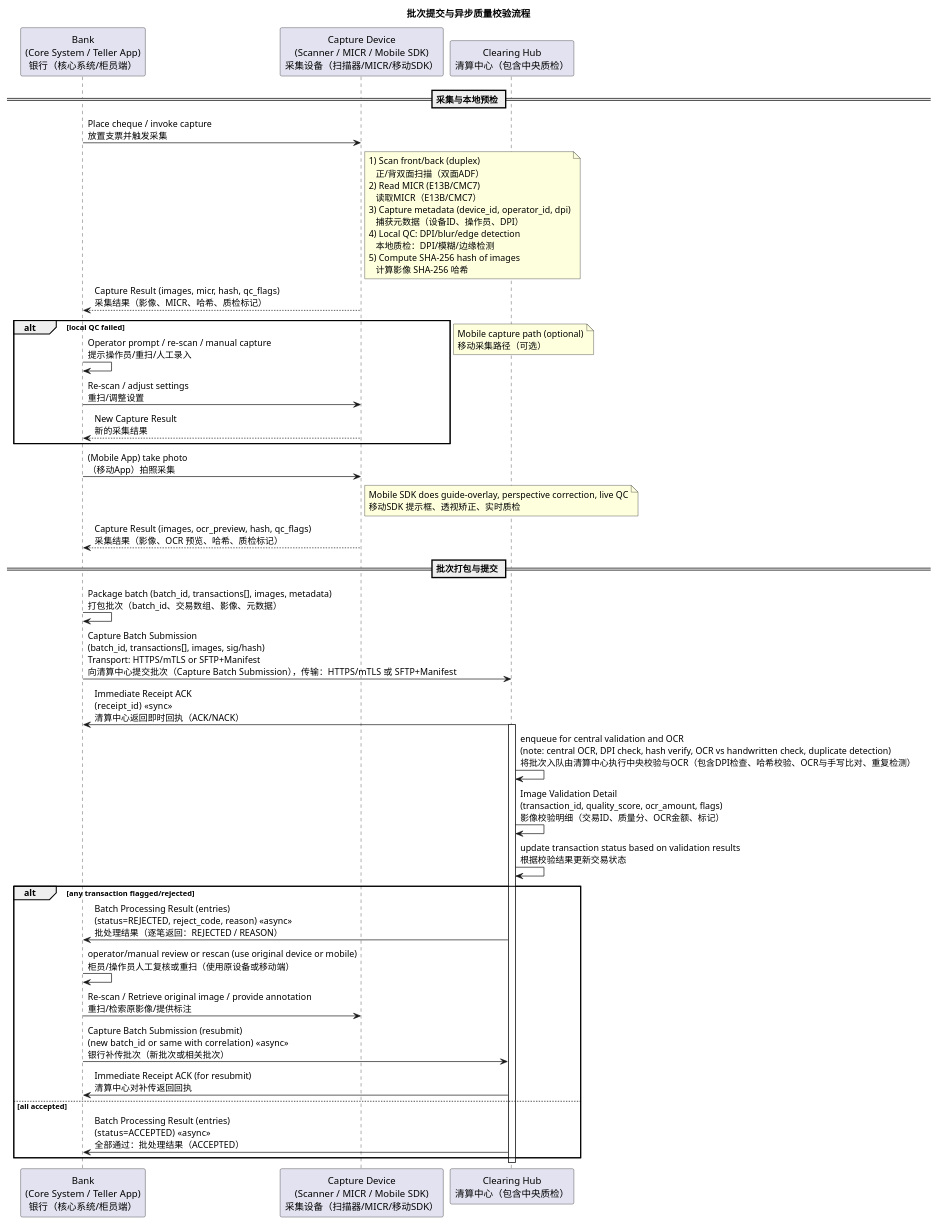
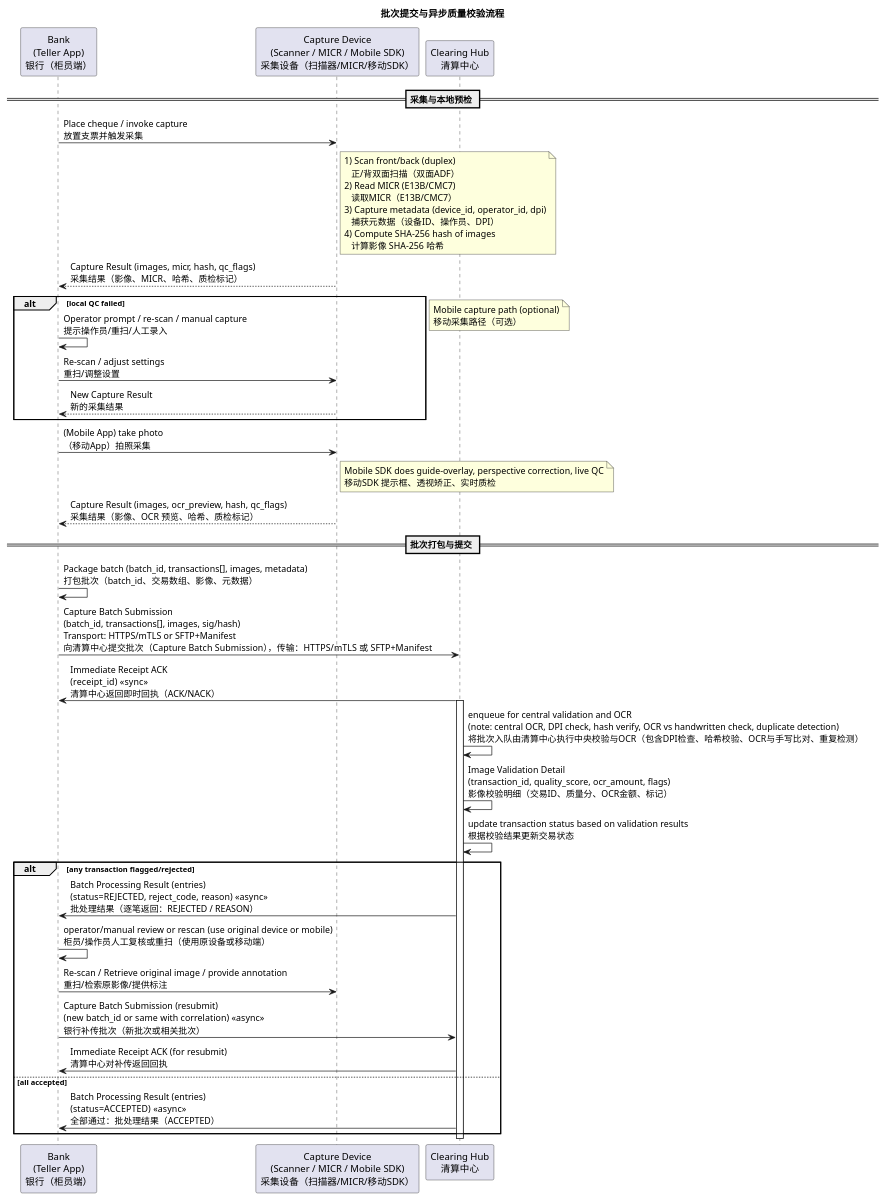
One commit to achaocai/HT-CITS changed the diagram in docs/flow/1_batch_processing_async.puml. Above: the diagram before and after it, drawn with PlantUML.

```diff
--- a/docs/flow/1_batch_processing_async.puml
+++ b/docs/flow/1_batch_processing_async.puml
@@ -1,47 +1,47 @@
 @startuml
 title 批次提交与异步质量校验流程
 
-participant Bank as "Bank\n(Core System / Teller App)\n银行（核心系统/柜员端）"
+participant Bank as "Bank\n(Teller App)\n银行（柜员端）"
 participant Device as "Capture Device\n(Scanner / MICR / Mobile SDK)\n采集设备（扫描器/MICR/移动SDK）"
-participant Clearing as "Clearing Hub\n清算中心（包含中央质检）"
+participant Clearing as "Clearing Hub\n清算中心"
 
 == 采集与本地预检 ==
 Bank -> Device : Place cheque / invoke capture\n放置支票并触发采集
-note right of Device: 1) Scan front/back (duplex)\n   正/背双面扫描（双面ADF）\n2) Read MICR (E13B/CMC7)\n   读取MICR（E13B/CMC7）\n3) Capture metadata (device_id, operator_id, dpi)\n   捕获元数据（设备ID、操作员、DPI）\n4) Local QC: DPI/blur/edge detection\n   本地质检：DPI/模糊/边缘检测\n5) Compute SHA-256 hash of images\n   计算影像 SHA-256 哈希
+note right of Device: 1) Scan front/back (duplex)\n   正/背双面扫描（双面ADF）\n2) Read MICR (E13B/CMC7)\n   读取MICR（E13B/CMC7）\n3) Capture metadata (device_id, operator_id, dpi)\n   捕获元数据（设备ID、操作员、DPI）\n4) Compute SHA-256 hash of images\n   计算影像 SHA-256 哈希
 Device --> Bank : Capture Result (images, micr, hash, qc_flags)\n采集结果（影像、MICR、哈希、质检标记）
 
 alt local QC failed
   Bank -> Bank : Operator prompt / re-scan / manual capture\n提示操作员/重扫/人工录入
   Bank -> Device : Re-scan / adjust settings\n重扫/调整设置
   Device --> Bank : New Capture Result\n新的采集结果
 end
 
 note left: Mobile capture path (optional)\n移动采集路径（可选）
 Bank -> Device : (Mobile App) take photo\n（移动App）拍照采集
 note right of Device: Mobile SDK does guide-overlay, perspective correction, live QC\n移动SDK 提示框、透视矫正、实时质检
 Device --> Bank : Capture Result (images, ocr_preview, hash, qc_flags)\n采集结果（影像、OCR 预览、哈希、质检标记）
 
 == 批次打包与提交 ==
 Bank -> Bank : Package batch (batch_id, transactions[], images, metadata)\n打包批次（batch_id、交易数组、影像、元数据）
 Bank -> Clearing : Capture Batch Submission\n(batch_id, transactions[], images, sig/hash)\nTransport: HTTPS/mTLS or SFTP+Manifest\n向清算中心提交批次（Capture Batch Submission），传输：HTTPS/mTLS 或 SFTP+Manifest
 
 Clearing -> Bank : Immediate Receipt ACK\n(receipt_id)  <<sync>>\n清算中心返回即时回执（ACK/NACK）
 activate Clearing
 
 Clearing -> Clearing : enqueue for central validation and OCR\n(note: central OCR, DPI check, hash verify, OCR vs handwritten check, duplicate detection)\n将批次入队由清算中心执行中央校验与OCR（包含DPI检查、哈希校验、OCR与手写比对、重复检测）
 
 Clearing -> Clearing : Image Validation Detail\n(transaction_id, quality_score, ocr_amount, flags)\n影像校验明细（交易ID、质量分、OCR金额、标记）
 Clearing -> Clearing : update transaction status based on validation results\n根据校验结果更新交易状态
 
 alt any transaction flagged/rejected
   Clearing -> Bank : Batch Processing Result (entries)\n(status=REJECTED, reject_code, reason)  <<async>>\n批处理结果（逐笔返回：REJECTED / REASON）
   Bank -> Bank : operator/manual review or rescan (use original device or mobile)\n柜员/操作员人工复核或重扫（使用原设备或移动端）
   Bank -> Device : Re-scan / Retrieve original image / provide annotation\n重扫/检索原影像/提供标注
   Bank -> Clearing : Capture Batch Submission (resubmit)\n(new batch_id or same with correlation)  <<async>>\n银行补传批次（新批次或相关批次）
   Clearing -> Bank : Immediate Receipt ACK (for resubmit)\n清算中心对补传返回回执
 else all accepted
   Clearing -> Bank : Batch Processing Result (entries)\n(status=ACCEPTED)  <<async>>\n全部通过：批处理结果（ACCEPTED）
 end
 
 deactivate Clearing
 @enduml
```
